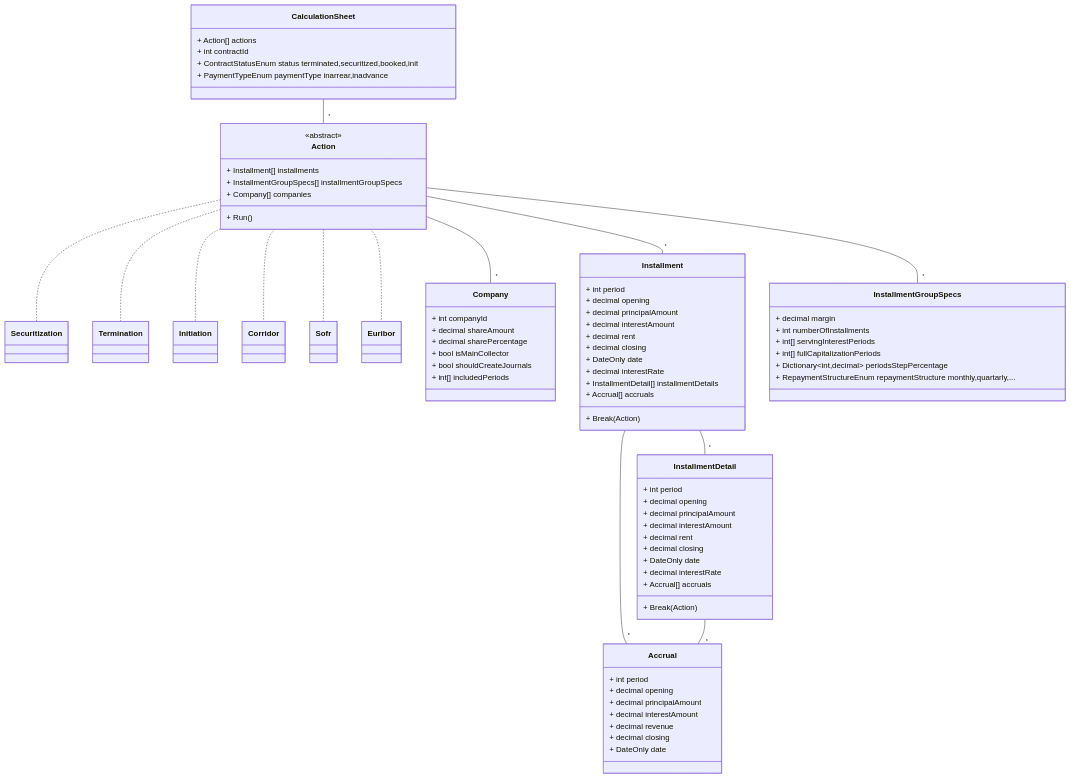
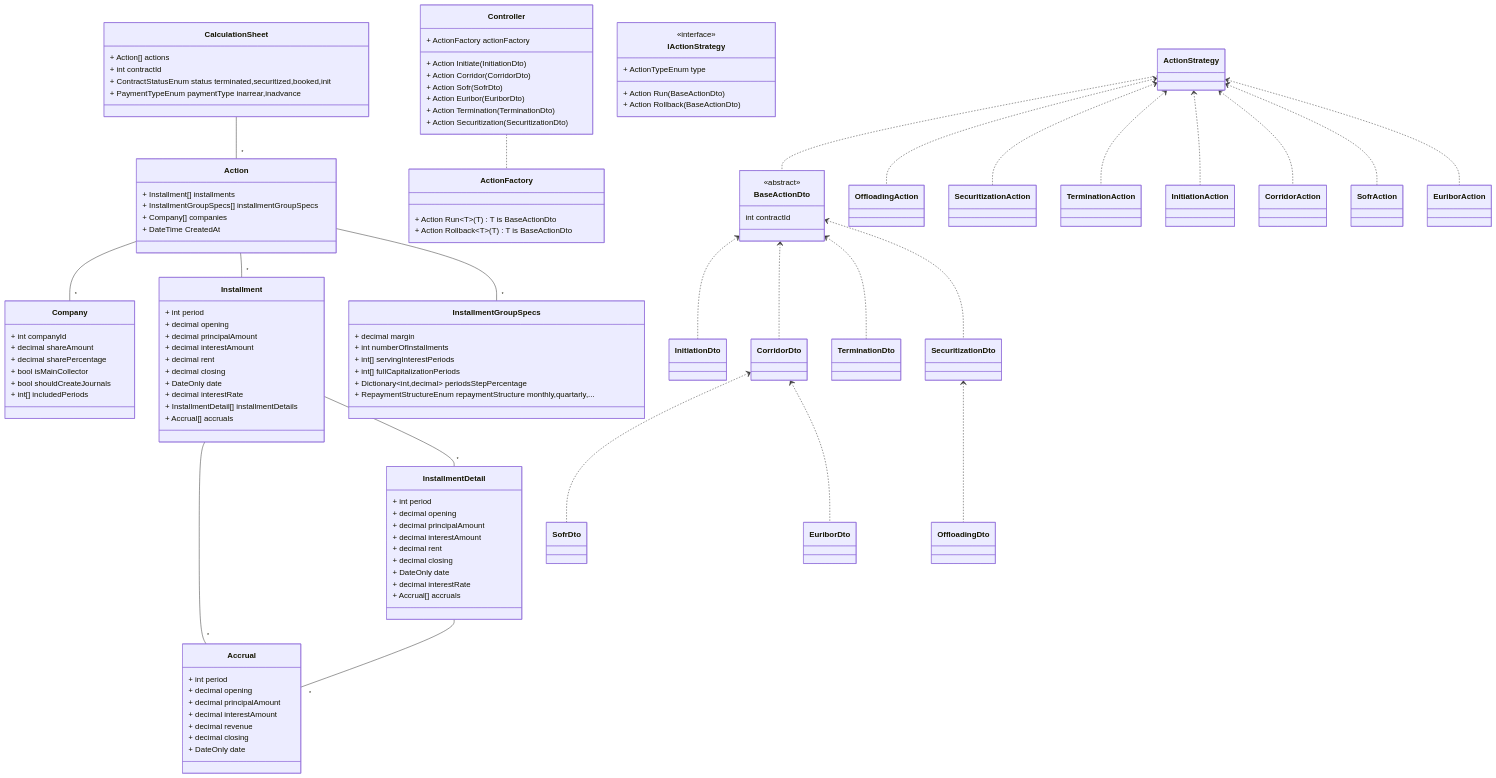
The diagram in InstallmentPlanner/README.md (Mohamed-Fathy-Salah/LLD), drawn with Mermaid before and after one commit. The commit also changed 35 other files, not shown here.

````diff
--- a/InstallmentPlanner/README.md
+++ b/InstallmentPlanner/README.md
@@ -1,28 +1,30 @@
 ```mermaid
 classDiagram
+    class Controller {
+        + ActionFactory actionFactory
+        + Action Initiate(InitiationDto)
+        + Action Corridor(CorridorDto)
+        + Action Sofr(SofrDto)
+        + Action Euribor(EuriborDto)
+        + Action Termination(TerminationDto)
+        + Action Securitization(SecuritizationDto)
+    }
+    class BaseActionDto {
+        <<abstract>>
+        int contractId
+    }
     class CalculationSheet {
         + Action[] actions
         + int contractId
         + ContractStatusEnum status terminated,securitized,booked,init
         + PaymentTypeEnum paymentType inarrear,inadvance
     }
-    CalculationSheet -- "*" Action
     class Action {
-        <<abstract>>
         + Installment[] installments
         + InstallmentGroupSpecs[] installmentGroupSpecs
         + Company[] companies
-        + Run()
+        + DateTime CreatedAt
     }
-    Action .. Securitization
-    Action .. Termination
-    Action .. Initiation
-    Action .. Corridor
-    Action .. Sofr
-    Action .. Euribor
-    Action -- "*" Company
-    Action -- "*" Installment
-    Action -- "*" InstallmentGroupSpecs
     class InstallmentGroupSpecs{
         + decimal margin
         + int numberOfInstallments
@@ -50,9 +52,7 @@
         + decimal interestRate
         + InstallmentDetail[] installmentDetails
         + Accrual[] accruals
-        + Break(Action)
     }
-    Installment -- "*" InstallmentDetail
     class InstallmentDetail {
         + int period
         + decimal opening
@@ -63,10 +63,7 @@
         + DateOnly date
         + decimal interestRate
         + Accrual[] accruals
-        + Break(Action)
     }
-    Installment -- "*" Accrual
-    InstallmentDetail -- "*" Accrual
     class Accrual {
         + int period
         + decimal opening
@@ -76,4 +73,37 @@
         + decimal closing
         + DateOnly date
     }
+    class IActionStrategy {
+        <<interface>>
+        + ActionTypeEnum type
+        + Action Run(BaseActionDto)
+        + Action Rollback(BaseActionDto)
+    }
+    class ActionFactory {
+        + Action Run~T~(T) T is BaseActionDto
+        + Action Rollback~T~(T) T is BaseActionDto
+    }
+    Controller .. ActionFactory
+    BaseActionDto <.. InitiationDto 
+    BaseActionDto <.. CorridorDto 
+    CorridorDto <.. SofrDto 
+    CorridorDto <.. EuriborDto 
+    BaseActionDto <.. TerminationDto 
+    BaseActionDto <.. SecuritizationDto 
+    SecuritizationDto <.. OffloadingDto 
+    CalculationSheet -- "*" Action
+    ActionStrategy .. BaseActionDto
+    ActionStrategy <.. OffloadingAction
+    ActionStrategy <.. SecuritizationAction
+    ActionStrategy <.. TerminationAction
+    ActionStrategy <.. InitiationAction
+    ActionStrategy <.. CorridorAction
+    ActionStrategy <.. SofrAction
+    ActionStrategy <.. EuriborAction
+    Action -- "*" Company
+    Action -- "*" Installment
+    Action -- "*" InstallmentGroupSpecs
+    Installment -- "*" Accrual
+    InstallmentDetail -- "*" Accrual
+    Installment -- "*" InstallmentDetail
 ```
````
